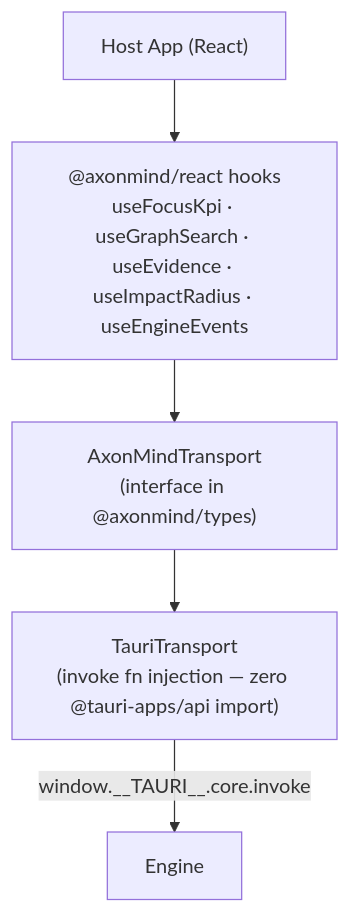
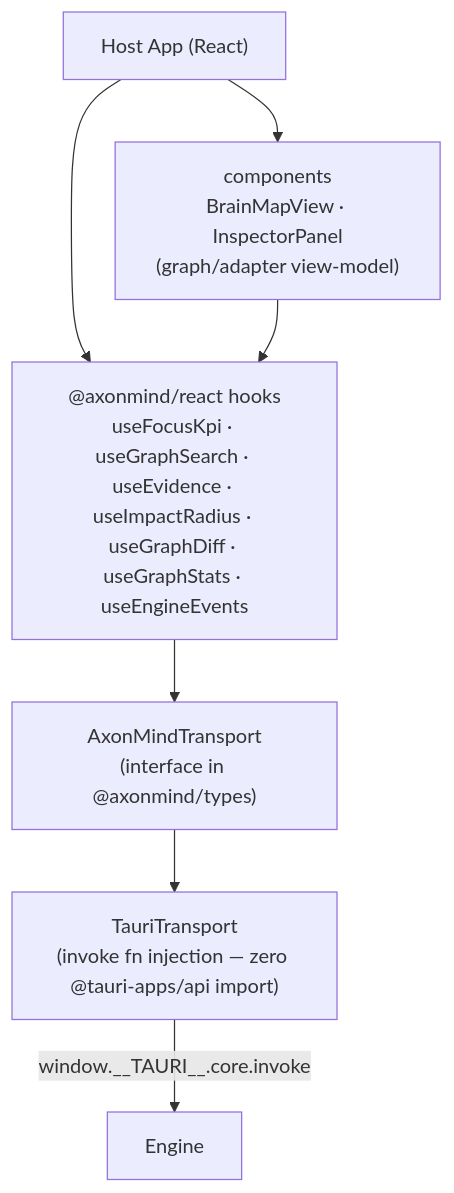
The seventh of 9 diagrams in docs/architecture.md (SeeyooHK/axonmind-open), drawn with Mermaid before and after one commit. The commit also changed other lines of this file and 3 other files, not shown here.

Commit message:
[docs]update architecture

````diff
--- a/docs/architecture.md
+++ b/docs/architecture.md
@@ -324,12 +457,15 @@
 ```mermaid
 graph TD
     App["Host App (React)"]
     Trans["AxonMindTransport<br/>(interface in @axonmind/types)"]
     Tauri["TauriTransport<br/>(invoke fn injection — zero @tauri-apps/api import)"]
-    Hooks["@axonmind/react hooks<br/>useFocusKpi · useGraphSearch · useEvidence · useImpactRadius · useEngineEvents"]
+    Hooks["@axonmind/react hooks<br/>useFocusKpi · useGraphSearch · useEvidence · useImpactRadius · useGraphDiff · useGraphStats · useEngineEvents"]
+    Comp["components<br/>BrainMapView · InspectorPanel<br/>(graph/adapter view-model)"]
 
     App --> Hooks
+    App --> Comp
+    Comp --> Hooks
     Hooks --> Trans
     Trans --> Tauri
     Tauri -->|"window.__TAURI__.core.invoke"| Engine
 ```
````
